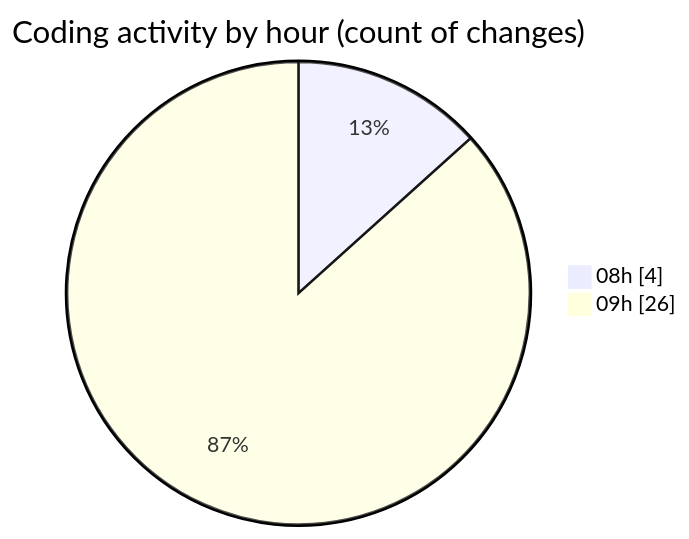
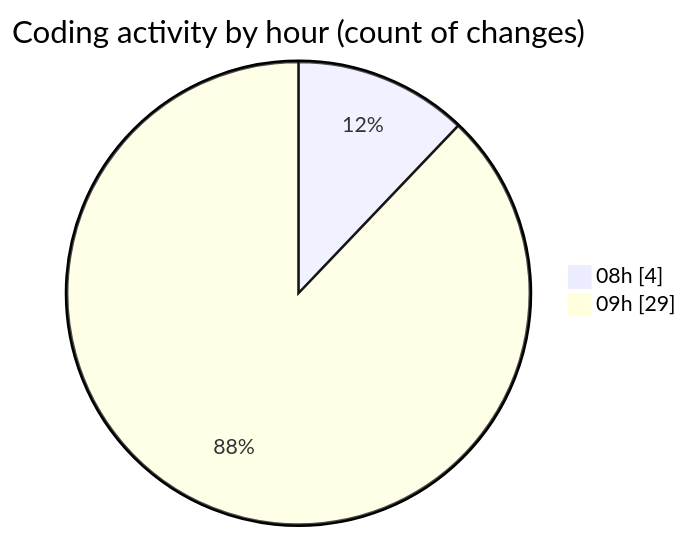
One commit to momahboobian/code-tracking changed the second of 2 diagrams in 2026-09-17/cda/README.md. Above: the diagram before and after it, drawn with Mermaid. The commit also changed other lines of this file and 1 other file, not shown here.

````diff
--- a/2026-09-17/cda/README.md
+++ b/2026-09-17/cda/README.md
@@ -46,6 +49,6 @@
 ```mermaid
 pie showData
 title Coding activity by hour (count of changes)
 "08h" : 4
-"09h" : 26
+"09h" : 29
 ```
````
